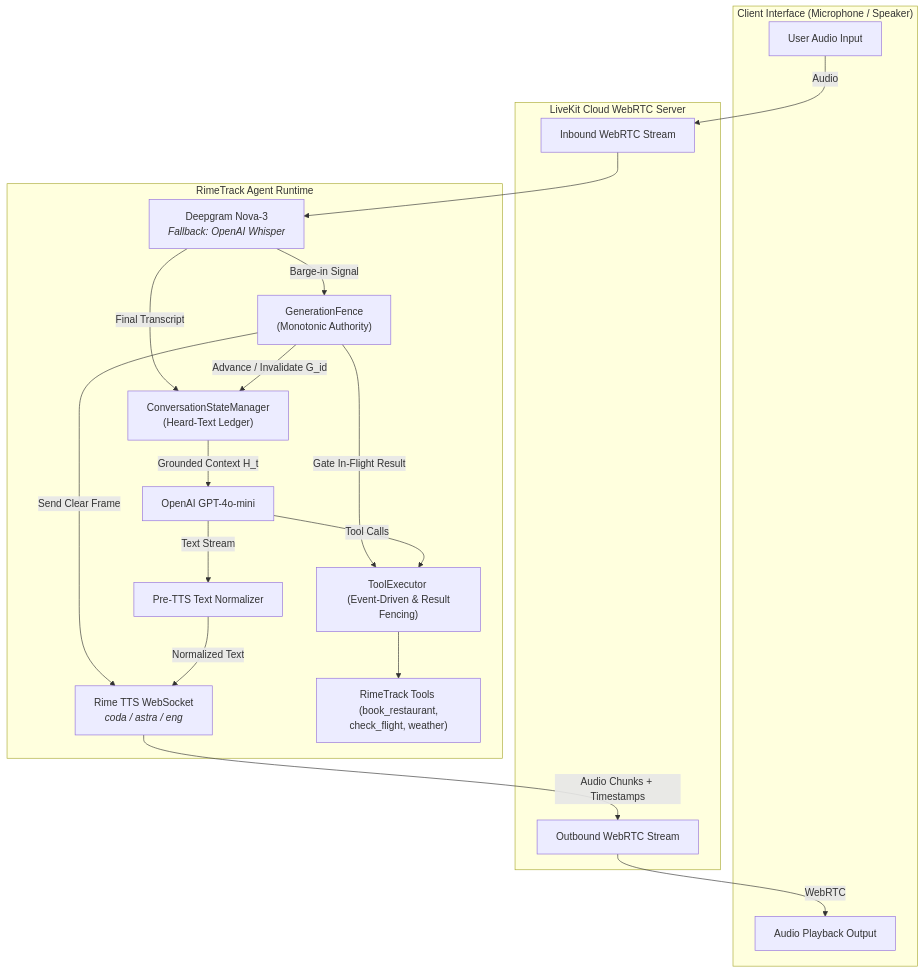
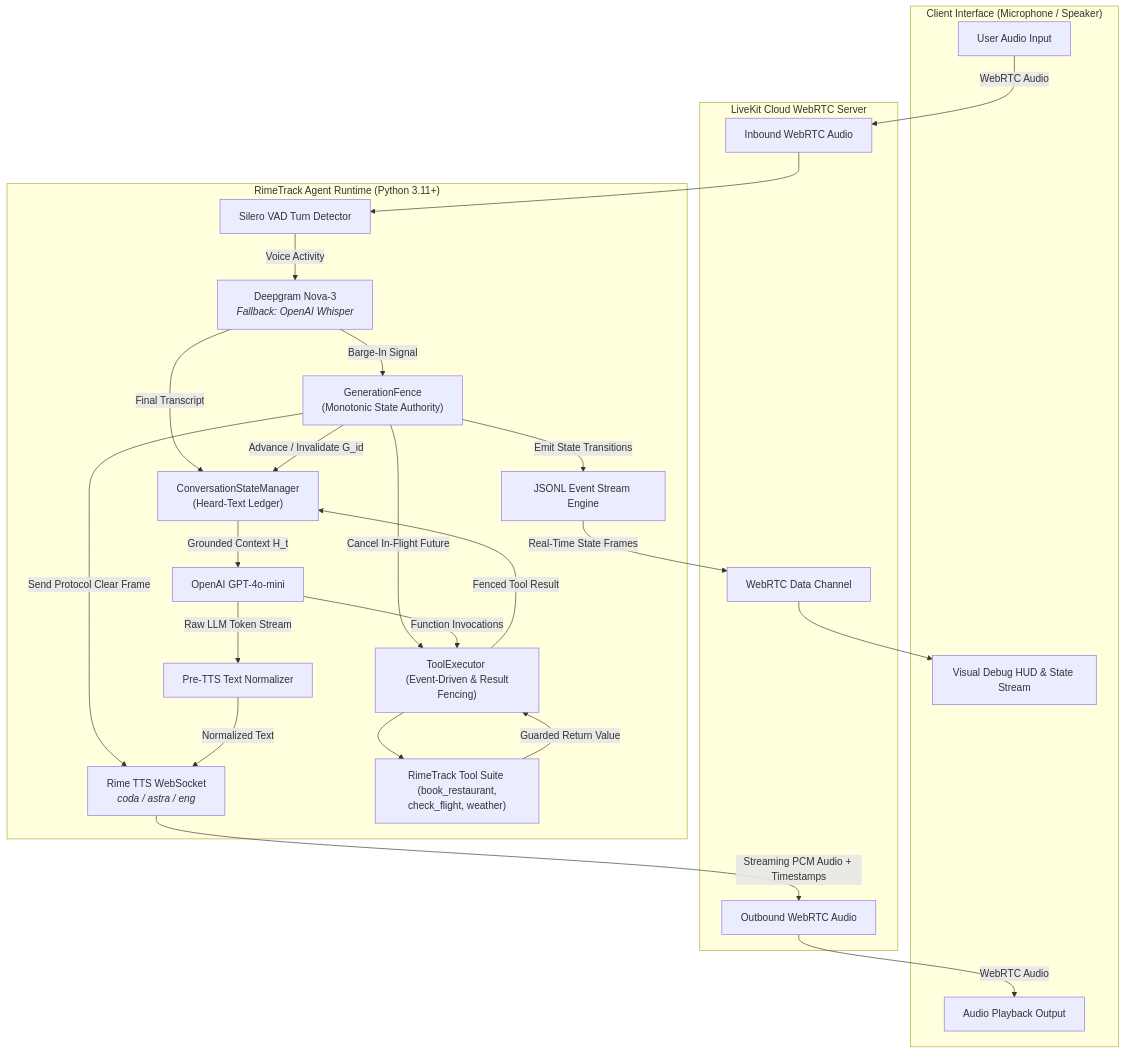
One commit to saugata-malakar/KDAG-RICE changed the first of 4 diagrams in README.md. Above: the diagram before and after it, drawn with Mermaid. The commit also changed other lines of this file and 3 other files, not shown here.

Commit message:
Elevate system architecture documentation with formal invariants, dual sequence diagrams, FSM, and sub-400ms race condition defense

````diff
--- a/README.md
+++ b/README.md
@@ -133,40 +135,50 @@
 ```mermaid
 flowchart TD
     subgraph Client ["Client Interface (Microphone / Speaker)"]
         Mic[User Audio Input]
         Spk[Audio Playback Output]
+        HUD[Visual Debug HUD & State Stream]
     end
 
     subgraph Transport ["LiveKit Cloud WebRTC Server"]
-        RTC_In[Inbound WebRTC Stream]
-        RTC_Out[Outbound WebRTC Stream]
+        RTC_In[Inbound WebRTC Audio]
+        RTC_Out[Outbound WebRTC Audio]
+        Data_Chan[WebRTC Data Channel]
     end
 
-    subgraph RimeTrack_Worker ["RimeTrack Agent Runtime"]
+    subgraph RimeTrack_Worker ["RimeTrack Agent Runtime (Python 3.11+)"]
         STT[Deepgram Nova-3 <br> <i>Fallback: OpenAI Whisper</i>]
+        VAD[Silero VAD Turn Detector]
         LLM[OpenAI GPT-4o-mini]
         Norm[Pre-TTS Text Normalizer]
         Rime[Rime TTS WebSocket <br> <i>coda / astra / eng</i>]
-        Fence["GenerationFence <br> (Monotonic Authority)"]
+        Fence["GenerationFence <br> (Monotonic State Authority)"]
         Ledger["ConversationStateManager <br> (Heard-Text Ledger)"]
         Executor["ToolExecutor <br> (Event-Driven & Result Fencing)"]
-        Tools["RimeTrack Tools <br> (book_restaurant, check_flight, weather)"]
+        Tools["RimeTrack Tool Suite <br> (book_restaurant, check_flight, weather)"]
+        Telemetry[JSONL Event Stream Engine]
     end
 
-    Mic -->|Audio| RTC_In
-    RTC_In --> STT
-    STT -->|Barge-in Signal| Fence
+    Mic -->|WebRTC Audio| RTC_In
+    RTC_In --> VAD
+    VAD -->|Voice Activity| STT
+    STT -->|Barge-In Signal| Fence
     STT -->|Final Transcript| Ledger
 
     Fence -->|Advance / Invalidate G_id| Ledger
-    Fence -->|Gate In-Flight Result| Executor
-    Fence -->|Send Clear Frame| Rime
+    Fence -->|Cancel In-Flight Future| Executor
+    Fence -->|Send Protocol Clear Frame| Rime
+    Fence -->|Emit State Transitions| Telemetry
 
     Ledger -->|Grounded Context H_t| LLM
-    LLM -->|Tool Calls| Executor
+    LLM -->|Function Invocations| Executor
     Executor --> Tools
-    LLM -->|Text Stream| Norm
+    Tools -->|Guarded Return Value| Executor
+    Executor -->|Fenced Tool Result| Ledger
+    LLM -->|Raw LLM Token Stream| Norm
     Norm -->|Normalized Text| Rime
-    Rime -->|Audio Chunks + Timestamps| RTC_Out
-    RTC_Out -->|WebRTC| Spk
+    Rime -->|Streaming PCM Audio + Timestamps| RTC_Out
+    RTC_Out -->|WebRTC Audio| Spk
+    Telemetry -->|Real-Time State Frames| Data_Chan
+    Data_Chan --> HUD
 ```
````
